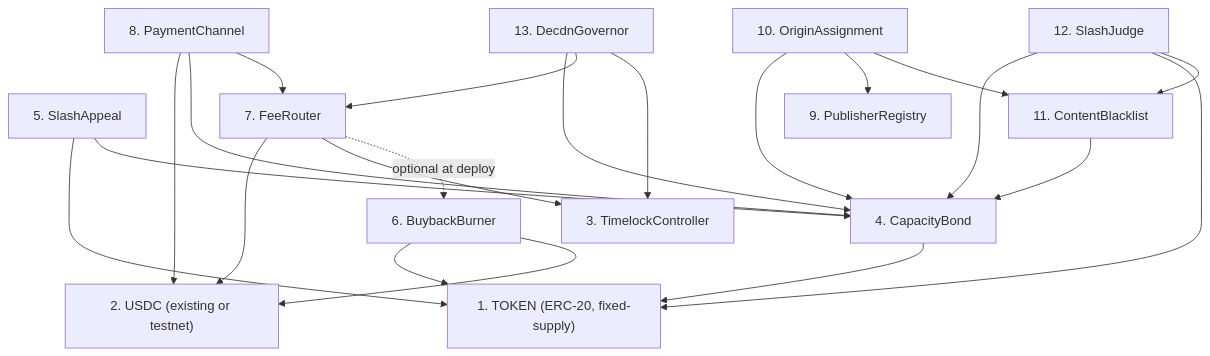
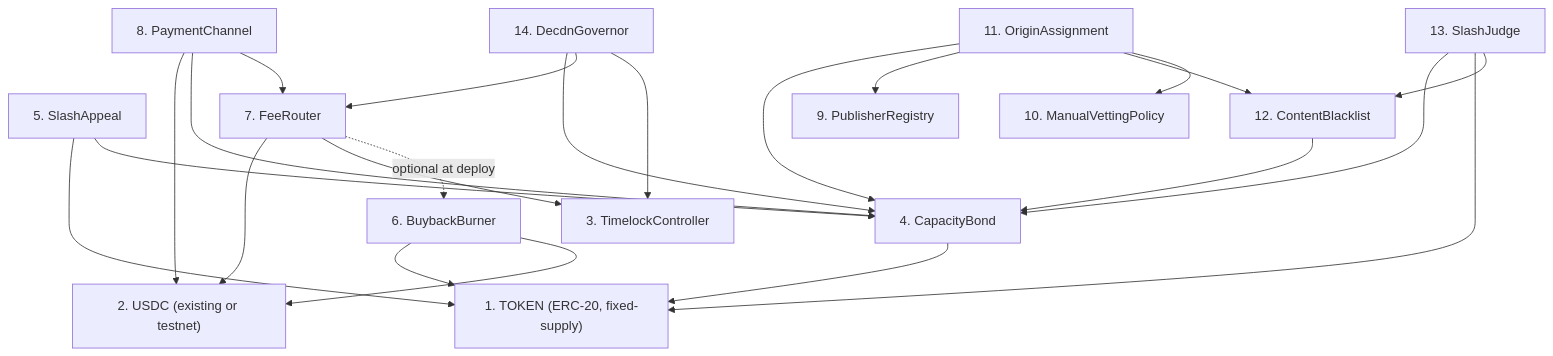
Before and after one commit to decdn/decdn: the second of 5 diagrams in adr/016-contract-interactions.md, drawn with Mermaid. The commit also changed other lines of this file and 2 other files, not shown here.

First line of the commit message:
docs(adr): swappable vetting policy (011/016/009)

````diff
--- a/adr/016-contract-interactions.md
+++ b/adr/016-contract-interactions.md
@@ -243,38 +244,40 @@
 ```mermaid
 graph TD
     TOKEN["1. TOKEN (ERC-20, fixed-supply)"]
     USDC["2. USDC (existing or testnet)"]
     TL["3. TimelockController"]
     CBOND["4. CapacityBond"]
     SA["5. SlashAppeal"]
     BB["6. BuybackBurner"]
     FR["7. FeeRouter"]
     SPC["8. PaymentChannel"]
     PR["9. PublisherRegistry"]
-    OA["10. OriginAssignment"]
-    CB["11. ContentBlacklist"]
-    SJ["12. SlashJudge"]
-    GOV["13. DecdnGovernor"]
+    MVP["10. ManualVettingPolicy"]
+    OA["11. OriginAssignment"]
+    CB["12. ContentBlacklist"]
+    SJ["13. SlashJudge"]
+    GOV["14. DecdnGovernor"]
 
     CBOND --> TOKEN
     SA --> TOKEN
     SA --> CBOND
     BB --> TOKEN
     BB --> USDC
     FR --> USDC
     FR --> TL
     FR -.->|"optional at deploy"| BB
     SPC --> USDC
     SPC --> CBOND
     SPC --> FR
     OA --> CBOND
     OA --> PR
     OA --> CB
+    OA --> MVP
     CB --> CBOND
     SJ --> CBOND
     SJ --> TOKEN
     SJ --> CB
     GOV --> CBOND
     GOV --> FR
     GOV --> TL
 ```
````
